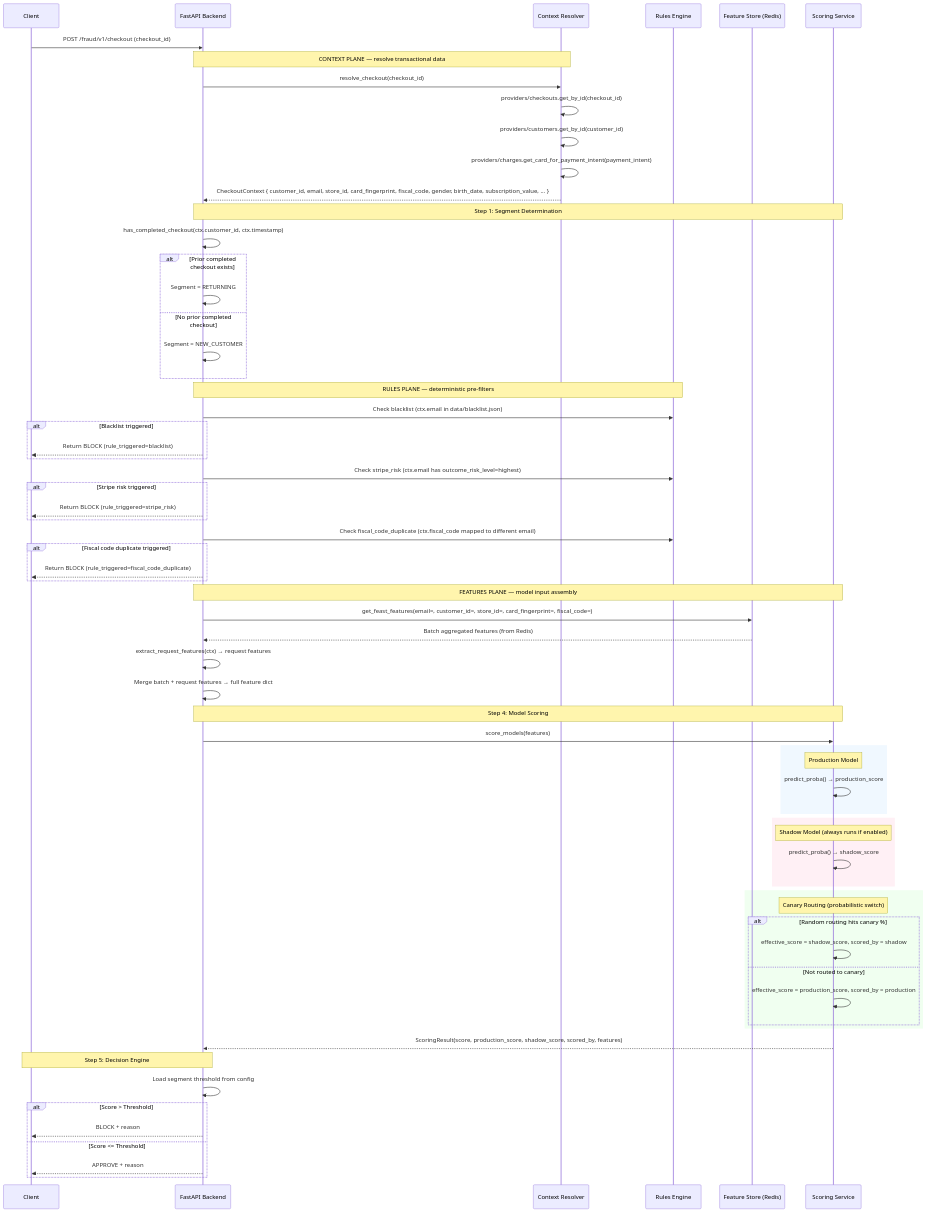
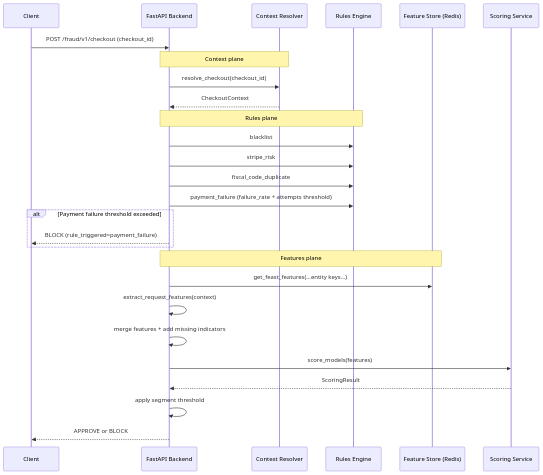
One commit to DataDavidProjects/Subbyx changed the first of 2 diagrams in README.md. Above: the diagram before and after it, drawn with Mermaid. The commit also changed other lines of this file, not shown here.

````diff
--- a/README.md
+++ b/README.md
@@ -59,78 +114,35 @@
 ```mermaid
 sequenceDiagram
     participant C as Client
     participant API as FastAPI Backend
     participant Ctx as Context Resolver
     participant Rules as Rules Engine
     participant Feast as Feature Store (Redis)
     participant Svc as Scoring Service
 
     C->>API: POST /fraud/v1/checkout (checkout_id)
 
-    Note over API,Ctx: CONTEXT PLANE — resolve transactional data
+    Note over API,Ctx: Context plane
     API->>Ctx: resolve_checkout(checkout_id)
-    Ctx->>Ctx: providers/checkouts.get_by_id(checkout_id)
-    Ctx->>Ctx: providers/customers.get_by_id(customer_id)
-    Ctx->>Ctx: providers/charges.get_card_for_payment_intent(payment_intent)
-    Ctx-->>API: CheckoutContext { customer_id, email, store_id, card_fingerprint, fiscal_code, gender, birth_date, subscription_value, ... }
+    Ctx-->>API: CheckoutContext
 
-    Note over API,Svc: Step 1: Segment Determination
-    API->>API: has_completed_checkout(ctx.customer_id, ctx.timestamp)
-    alt Prior completed checkout exists
-        API->>API: Segment = RETURNING
-    else No prior completed checkout
-        API->>API: Segment = NEW_CUSTOMER
+    Note over API,Rules: Rules plane
+    API->>Rules: blacklist
+    API->>Rules: stripe_risk
+    API->>Rules: fiscal_code_duplicate
+    API->>Rules: payment_failure (failure_rate + attempts threshold)
+    alt Payment failure threshold exceeded
+        API-->>C: BLOCK (rule_triggered=payment_failure)
     end
 
-    Note over API,Rules: RULES PLANE — deterministic pre-filters
-    API->>Rules: Check blacklist (ctx.email in data/blacklist.json)
-    alt Blacklist triggered
-        API-->>C: Return BLOCK (rule_triggered=blacklist)
-    end
-    API->>Rules: Check stripe_risk (ctx.email has outcome_risk_level=highest)
-    alt Stripe risk triggered
-        API-->>C: Return BLOCK (rule_triggered=stripe_risk)
-    end
-    API->>Rules: Check fiscal_code_duplicate (ctx.fiscal_code mapped to different email)
-    alt Fiscal code duplicate triggered
-        API-->>C: Return BLOCK (rule_triggered=fiscal_code_duplicate)
-    end
+    Note over API,Feast: Features plane
+    API->>Feast: get_feast_features(...entity keys...)
+    API->>API: extract_request_features(context)
+    API->>API: merge features + add missing indicators
 
-    Note over API,Svc: FEATURES PLANE — model input assembly
-    API->>Feast: get_feast_features(email=, customer_id=, store_id=, card_fingerprint=, fiscal_code=)
-    Feast-->>API: Batch aggregated features (from Redis)
-    API->>API: extract_request_features(ctx) → request features
-    API->>API: Merge batch + request features → full feature dict
+    API->>Svc: score_models(features)
+    Svc-->>API: ScoringResult
 
-    Note over API,Svc: Step 4: Model Scoring
-    API->>Svc: score_models(features)
-
-    rect rgb(240, 248, 255)
-        Note over Svc: Production Model
-        Svc->>Svc: predict_proba() → production_score
-    end
-
-    rect rgb(255, 240, 245)
-        Note over Svc: Shadow Model (always runs if enabled)
-        Svc->>Svc: predict_proba() → shadow_score
-    end
-
-    rect rgb(240, 255, 240)
-        Note over Svc: Canary Routing (probabilistic switch)
-        alt Random routing hits canary %
-            Svc->>Svc: effective_score = shadow_score, scored_by = shadow
-        else Not routed to canary
-            Svc->>Svc: effective_score = production_score, scored_by = production
-        end
-    end
-
-    Svc-->>API: ScoringResult(score, production_score, shadow_score, scored_by, features)
-
-    Note over API,C: Step 5: Decision Engine
-    API->>API: Load segment threshold from config
-    alt Score > Threshold
-        API-->>C: BLOCK + reason
-    else Score <= Threshold
-        API-->>C: APPROVE + reason
-    end
+    API->>API: apply segment threshold
+    API-->>C: APPROVE or BLOCK
 ```
````
